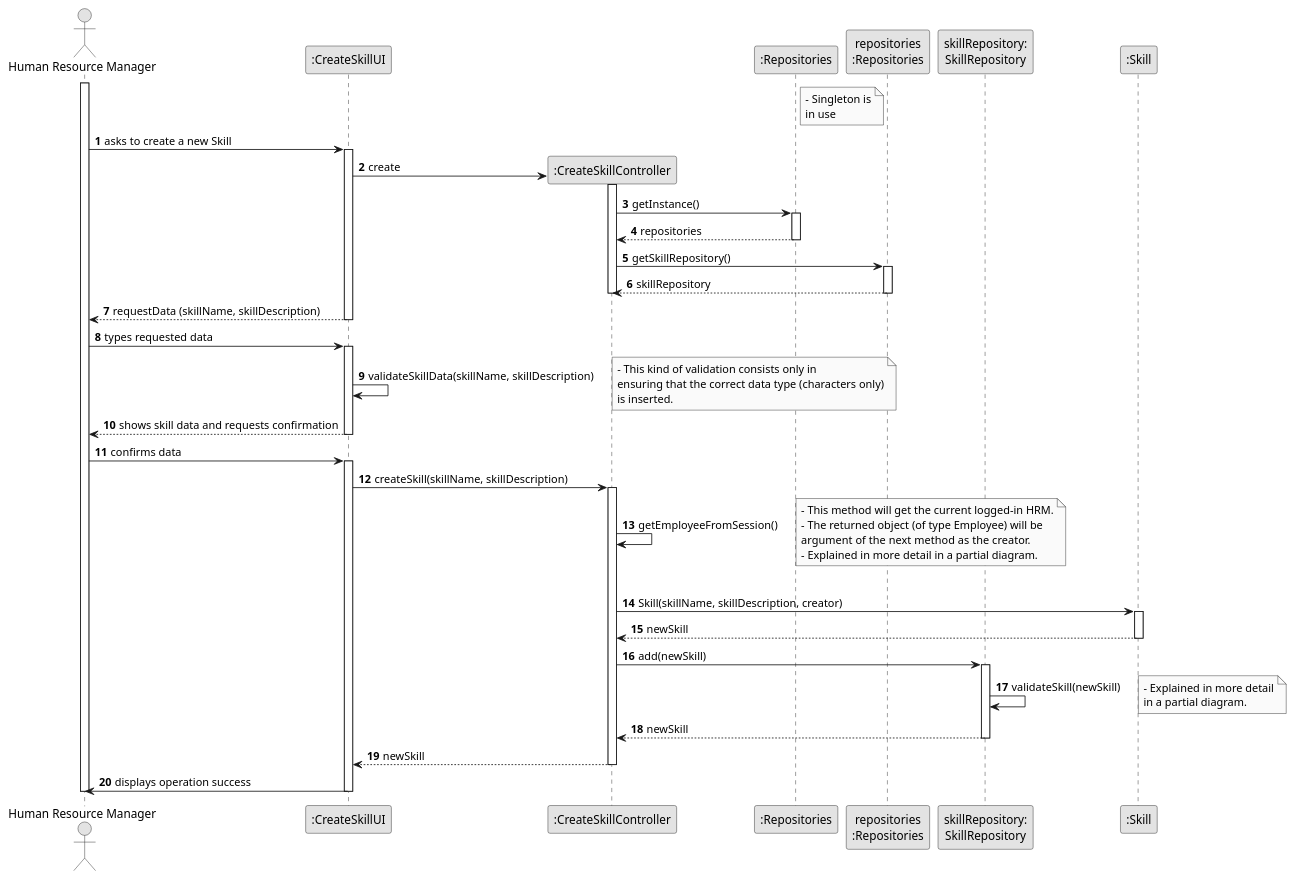
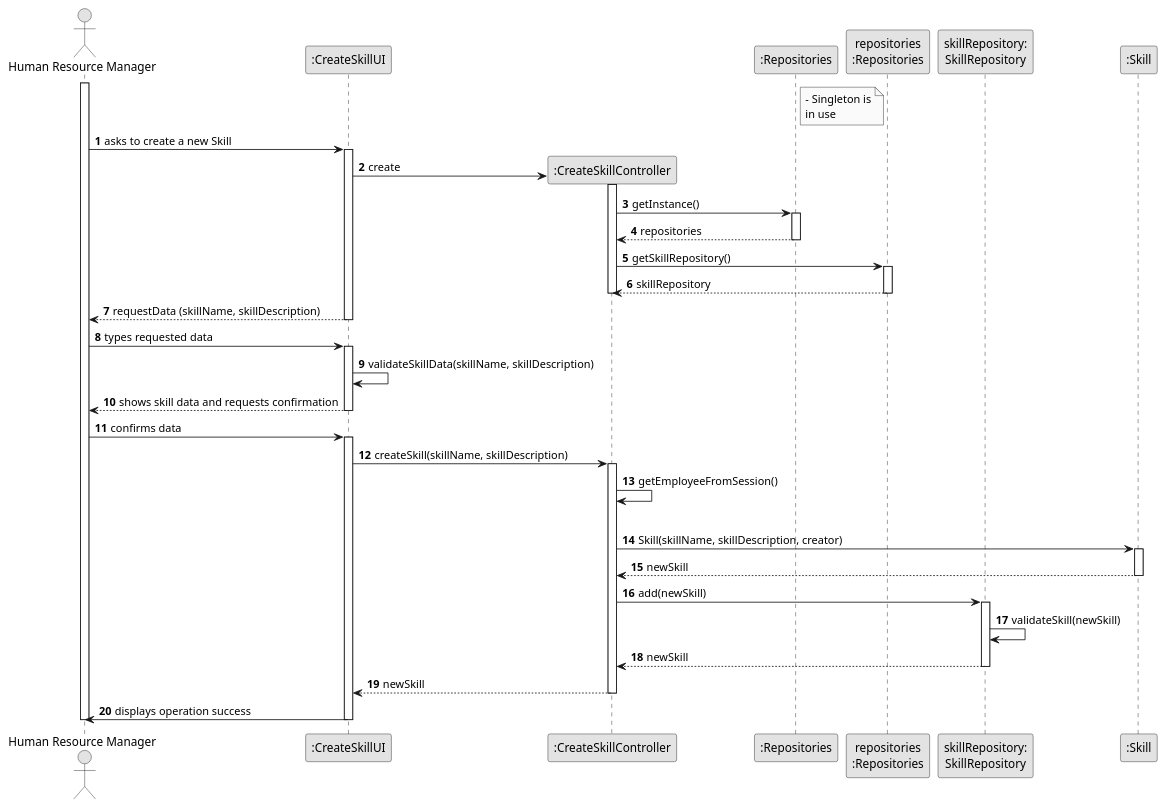
One commit to Paulo-Pereira-at-ISEP/lei-24-s2-1nanb-g321 changed the diagram in docs/sprintB/us01/03.design/puml/us01-sequence-diagram-full.puml. Above: the diagram before and after it, drawn with PlantUML. The commit also changed 9 other files, not shown here.

```diff
--- a/docs/sprintB/us01/03.design/puml/us01-sequence-diagram-full.puml
+++ b/docs/sprintB/us01/03.design/puml/us01-sequence-diagram-full.puml
@@ -1,135 +1,122 @@
 @startuml
 skinparam monochrome true
 skinparam packageStyle rectangle
 skinparam shadowing false
 
 autonumber
 
 'hide footbox
 
 actor "Human Resource Manager" as HRM
 participant ":CreateSkillUI" as UI
 participant ":CreateSkillController" as CTRL
 participant ":Repositories" as REPO_SINGLETON
 
 
 
 participant "repositories\n:Repositories" as GEN_REPO_INSTANCE
 
 
 participant "skillRepository:\nSkillRepository" as SKILL_REPO_INSTANCE
 participant ":Skill" as SKILL
 'participant ":HRManager" as MNGR
 
 
 note right of REPO_SINGLETON
     - Singleton is
     in use
 end note
 
 
 
 activate HRM
 
         HRM -> UI : asks to create a new Skill
 
         activate UI
             'create CTRL
             UI -> CTRL** : create
 
             activate CTRL
 
                 CTRL -> REPO_SINGLETON : getInstance()
 
                 activate REPO_SINGLETON
 
                     REPO_SINGLETON --> CTRL : repositories
 
                 deactivate REPO_SINGLETON
 
                 CTRL -> GEN_REPO_INSTANCE : getSkillRepository()
 
                 activate GEN_REPO_INSTANCE
 
                     GEN_REPO_INSTANCE --> CTRL : skillRepository
 
                 deactivate GEN_REPO_INSTANCE
 
             deactivate CTRL
 
 
             'requests the HRM to input data
             UI --> HRM : requestData (skillName, skillDescription)
         deactivate UI
 
         HRM -> UI : types requested data
 
         activate UI
 
             UI -> UI : validateSkillData(skillName, skillDescription)
 
-            note right
-            - This kind of validation consists only in
-            ensuring that the correct data type (characters only)
-            is inserted.
-            end note
+
 
             deactivate CTRL
 
             UI --> HRM : shows skill data and requests confirmation
 
         deactivate UI
 
             HRM -> UI : confirms data
 
         activate UI
 
             UI -> CTRL : createSkill(skillName, skillDescription)
 
             activate CTRL
 
                 CTRL -> CTRL : getEmployeeFromSession()
-                note right
-                    - This method will get the current logged-in HRM.
-                    - The returned object (of type Employee) will be
-                    argument of the next method as the creator.
-                    - Explained in more detail in a partial diagram.
-                end note
+
 
                 |||
 
                 CTRL -> SKILL : Skill(skillName, skillDescription, creator)
 
                 activate SKILL
 
                 SKILL --> CTRL : newSkill
 
                 deactivate SKILL
 
                 CTRL -> SKILL_REPO_INSTANCE : add(newSkill)
 
                 activate SKILL_REPO_INSTANCE
 
                     SKILL_REPO_INSTANCE -> SKILL_REPO_INSTANCE : validateSkill(newSkill)
 
-                    note right
-                    - Explained in more detail
-                    in a partial diagram.
-                    end note
 
                     SKILL_REPO_INSTANCE --> CTRL : newSkill
 
                 deactivate SKILL_REPO_INSTANCE
 
             CTRL --> UI : newSkill
 
 
         deactivate CTRL
 
         UI -> HRM : displays operation success
 
     deactivate UI
 
 deactivate HRM
 
 @enduml
```
